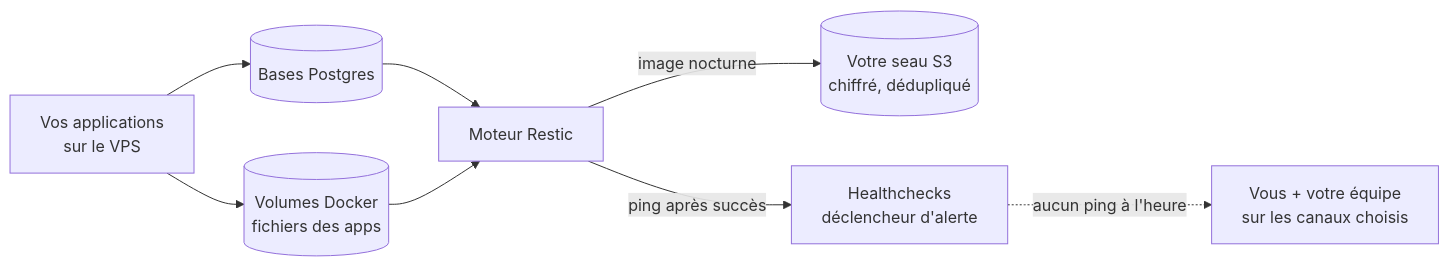
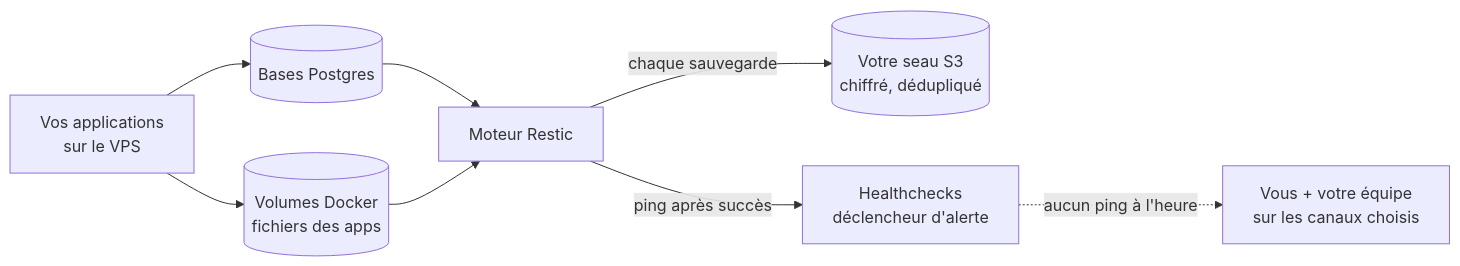
Before and after one commit to catenahq/docs: the second of 2 diagrams in src/content/docs/fr/how-this-stack-works.md, drawn with Mermaid. The commit also changed other lines of this file and 43 other files, not shown here.

````diff
--- a/src/content/docs/fr/how-this-stack-works.md
+++ b/src/content/docs/fr/how-this-stack-works.md
@@ -72,18 +72,18 @@
 ```mermaid
 flowchart LR
     APPS[Vos applications<br/>sur le VPS]
     PG[(Bases Postgres)]
     VOL[(Volumes Docker<br/>fichiers des apps)]
     RESTIC[Moteur Restic]
     S3[(Votre seau S3<br/>chiffré, dédupliqué)]
     HC[Healthchecks<br/>déclencheur d'alerte]
     YOU[Vous + votre équipe<br/>sur les canaux choisis]
 
     APPS --> PG
     APPS --> VOL
     PG --> RESTIC
     VOL --> RESTIC
-    RESTIC -->|image nocturne| S3
+    RESTIC -->|chaque sauvegarde| S3
     RESTIC -->|ping après succès| HC
     HC -.->|aucun ping à l'heure| YOU
 ```
````
